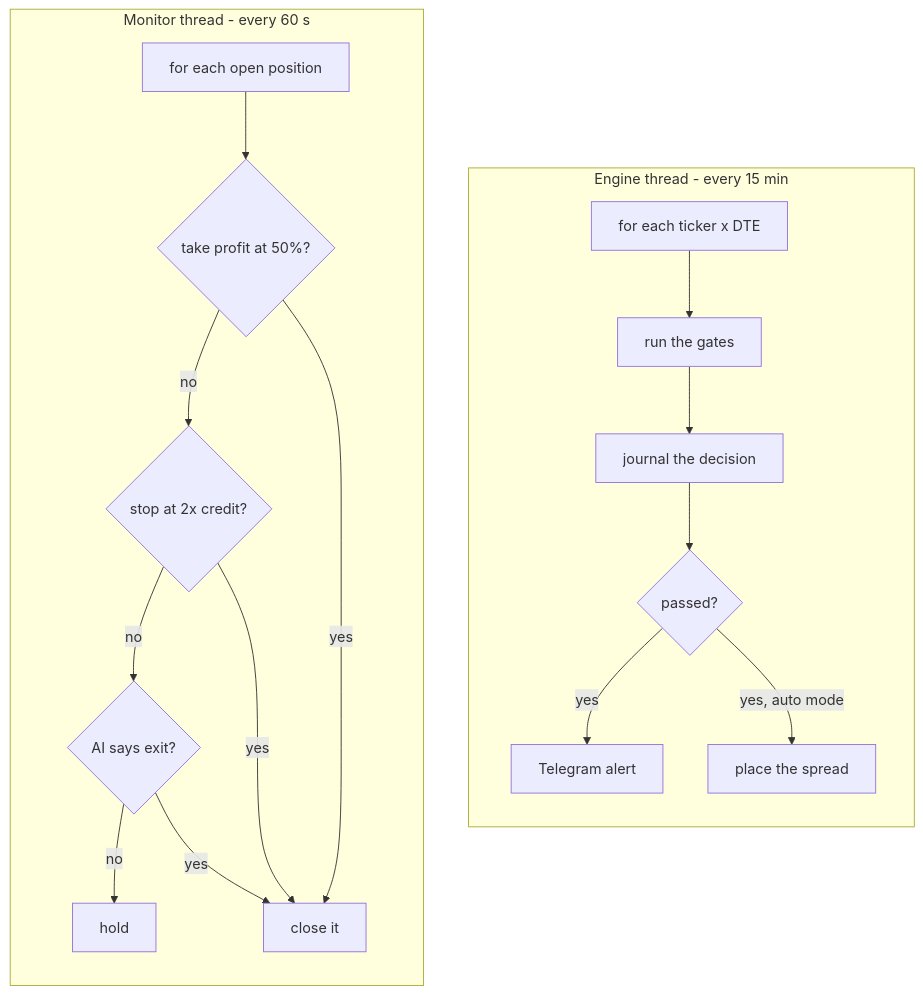
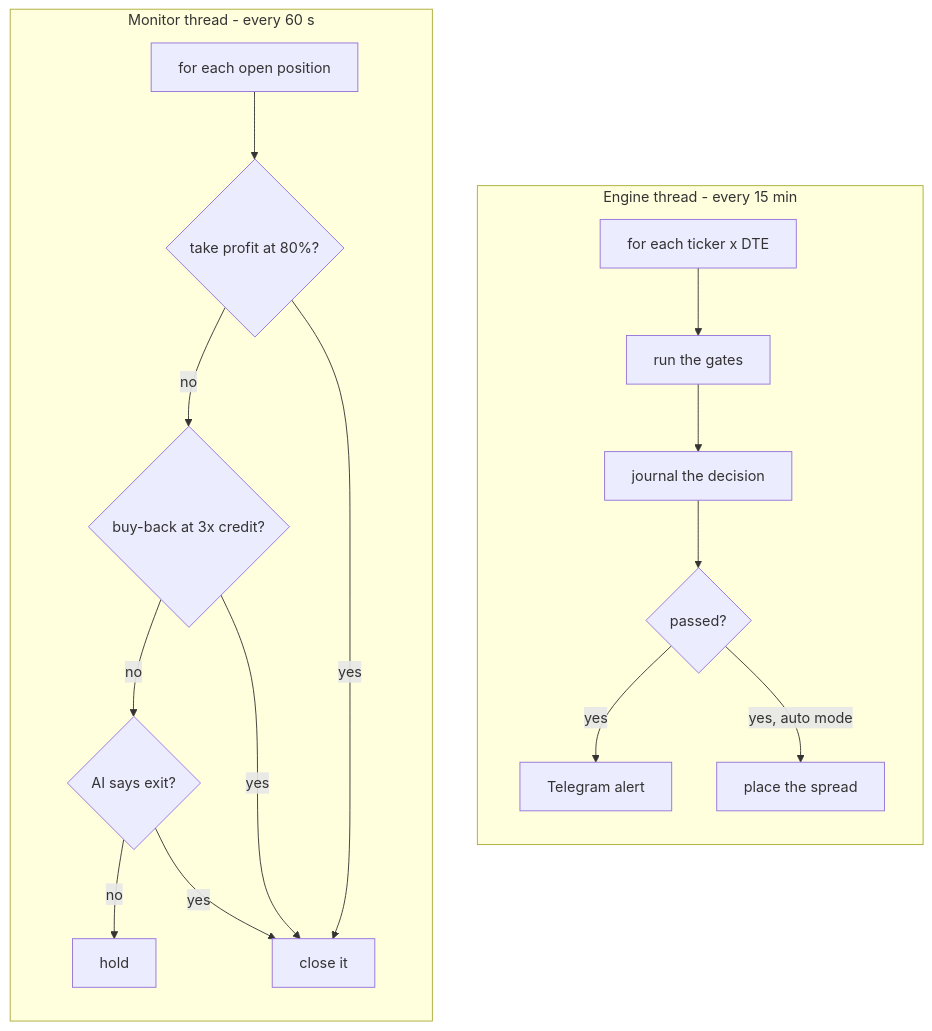
Before and after one commit to myatthiha-ucsy26/theta-desk: the second of 3 diagrams in README.md, drawn with Mermaid. The commit also changed other lines of this file and 67 other files, not shown here.

````diff
--- a/README.md
+++ b/README.md
@@ -171,21 +180,21 @@
 ```mermaid
 flowchart TD
     subgraph engine["Engine thread - every 15 min"]
       direction TB
       E1[for each ticker x DTE] --> E2[run the gates]
       E2 --> E3[journal the decision]
       E3 --> E4{passed?}
       E4 -->|yes| E5[Telegram alert]
       E4 -->|yes, auto mode| E6[place the spread]
     end
     subgraph monitor["Monitor thread - every 60 s"]
       direction TB
-      M1[for each open position] --> M2{take profit at 50%?}
-      M2 -->|no| M3{stop at 2x credit?}
+      M1[for each open position] --> M2{take profit at 80%?}
+      M2 -->|no| M3{buy-back at 3x credit?}
       M3 -->|no| M4{AI says exit?}
       M4 -->|no| M6[hold]
       M2 -->|yes| M5[close it]
       M3 -->|yes| M5
       M4 -->|yes| M5
     end
 ```
````
